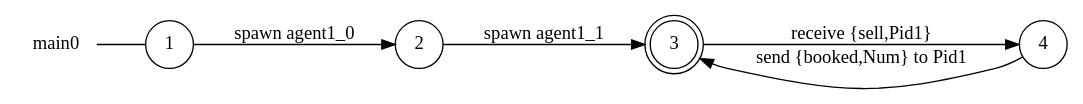
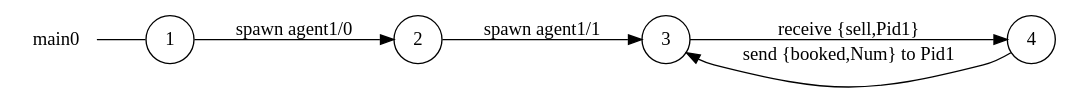
The diagram in examples/airline/main0_local_view.dot (gabrielegenovese/chorer), drawn with Graphviz before and after one commit. The commit also changed 184 other files, not shown here.

Commit message:
test.sh modified, lots of changes in eval send, self and spawn to manage processes

```diff
--- a/examples/airline/main0_local_view.dot
+++ b/examples/airline/main0_local_view.dot
@@ -1,14 +1,14 @@
 digraph main0 {
 	rankdir="LR";
 	n_0 [label="main0", shape="plaintext"];
-	n_1 [id="5", shape=circle, label="4"];
-	n_2 [id="1", shape=circle, label="1"];
-	n_0 -> n_2 [arrowhead=none];
-	n_3 [id="2", shape=doublecircle, label="3"];
-	n_4 [id="4", shape=circle, label="2"];
+	n_1 [id="1", shape=circle, label="1"];
+	n_0 -> n_1 [arrowhead=none];
+	n_2 [id="2", shape=circle, label="2"];
+	n_3 [id="4", shape=circle, label="4"];
+	n_4 [id="3", shape=circle, label="3"];
 
-	n_1 -> n_3 [id="[$e|5]", label="send {booked,Num} to Pid1"];
-	n_4 -> n_3 [id="[$e|3]", label="spawn agent1_1"];
-	n_3 -> n_1 [id="[$e|2]", label="receive {sell,Pid1}"];
-	n_2 -> n_4 [id="[$e|1]", label="spawn agent1_0"];
+	n_1 -> n_2 [id="[$e|3]", label="spawn agent1/0"];
+	n_4 -> n_3 [id="[$e|2]", label="receive {sell,Pid1}"];
+	n_3 -> n_4 [id="[$e|5]", label="send {booked,Num} to Pid1"];
+	n_2 -> n_4 [id="[$e|0]", label="spawn agent1/1"];
 }
```
